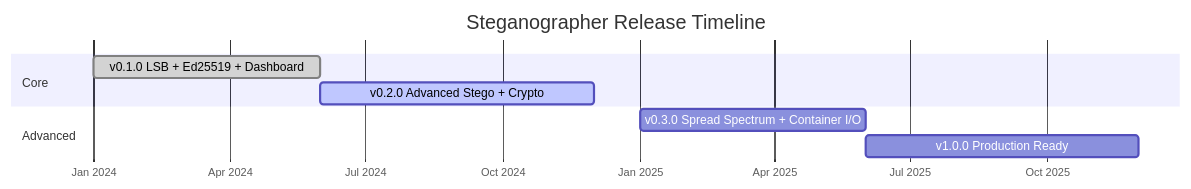
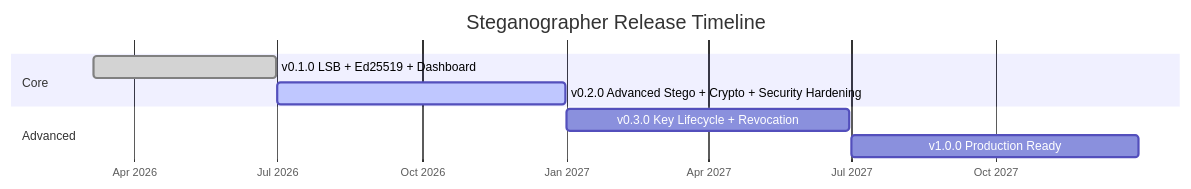
The diagram in docs/roadmap.md (docxology/steganographer), drawn with Mermaid before and after one commit. The commit also changed other lines of this file and 26 other files, not shown here.

````diff
--- a/docs/roadmap.md
+++ b/docs/roadmap.md
@@ -3,12 +3,12 @@
 ```mermaid
 gantt
     title Steganographer Release Timeline
-    dateFormat YYYY-MM
+    dateFormat YYYY-MM-DD
     axisFormat %b %Y
     section Core
-        v0.1.0 LSB + Ed25519 + Dashboard :done, v01, 2024-01, 2024-06
-        v0.2.0 Advanced Stego + Crypto :active, v02, 2024-06, 2024-12
+        v0.1.0 LSB + Ed25519 + Dashboard :done, v01, 2026-03-06, 2026-06-30
+        v0.2.0 Advanced Stego + Crypto + Security Hardening :active, v02, 2026-07-01, 2026-12-31
     section Advanced
-        v0.3.0 Spread Spectrum + Container I/O :v03, 2025-01, 2025-06
-        v1.0.0 Production Ready :v10, 2025-06, 2025-12
+        v0.3.0 Key Lifecycle + Revocation :v03, 2027-01-01, 2027-06-30
+        v1.0.0 Production Ready :v10, 2027-07-01, 2027-12-31
 ```
````
